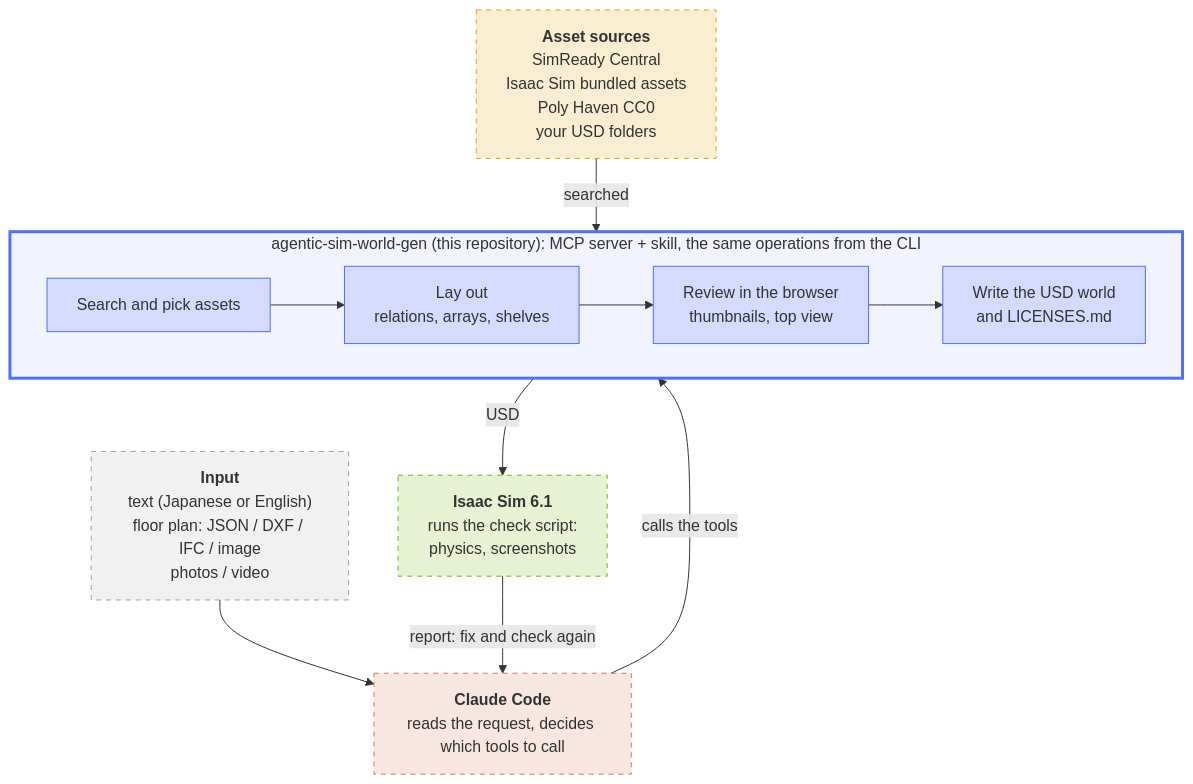
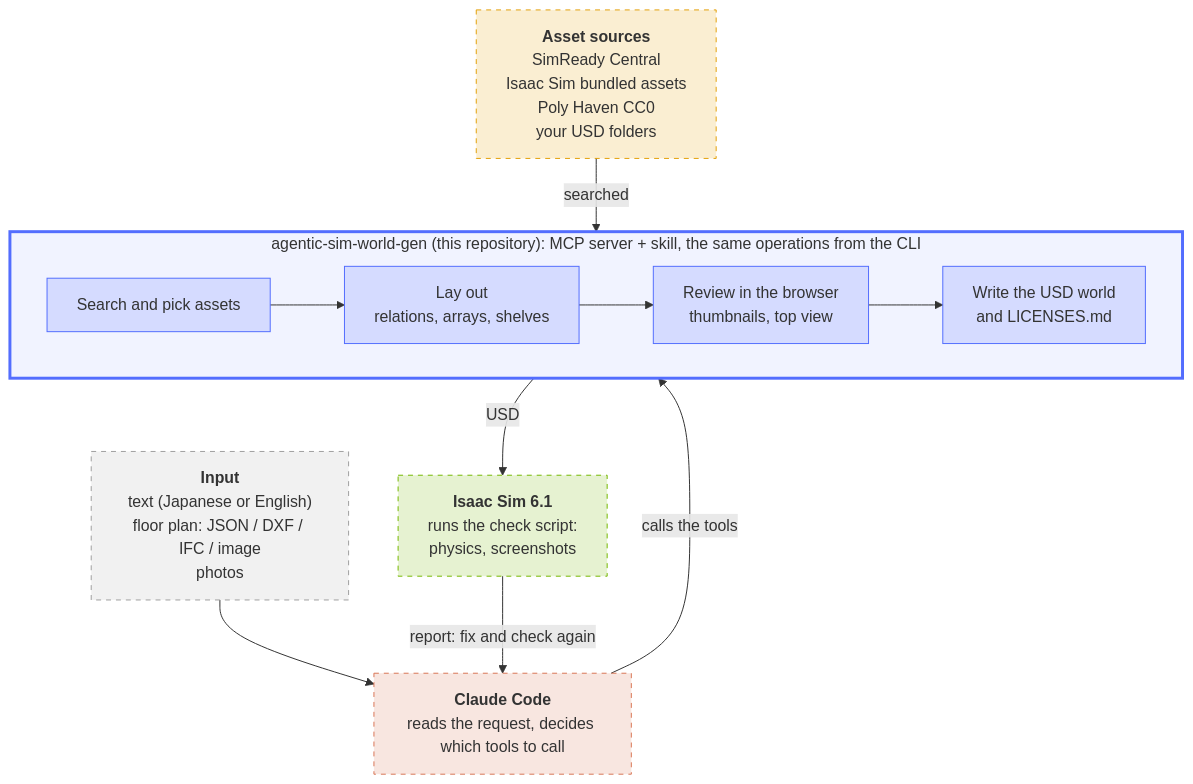
Before and after one commit to atinfinity/agentic-sim-world-gen: the diagram in README.md, drawn with Mermaid. The commit also changed other lines of this file and 48 other files, not shown here.

First line of the commit message:
Remove the unverified video input (#72)

````diff
--- a/README.md
+++ b/README.md
@@ -10,27 +10,27 @@
 ```mermaid
 flowchart TB
-  IN["<b>Input</b><br/>text (Japanese or English)<br/>floor plan: JSON / DXF / IFC / image<br/>photos / video"]
+  IN["<b>Input</b><br/>text (Japanese or English)<br/>floor plan: JSON / DXF / IFC / image<br/>photos"]
   CC["<b>Claude Code</b><br/>reads the request, decides which tools to call"]
   subgraph WG["agentic-sim-world-gen (this repository): MCP server + skill, the same operations from the CLI"]
     direction LR
     S["Search and pick assets"] --> L["Lay out<br/>relations, arrays, shelves"] --> V["Review in the browser<br/>thumbnails, top view"] --> U["Write the USD world<br/>and LICENSES.md"]
   end
   SRC["<b>Asset sources</b><br/>SimReady Central<br/>Isaac Sim bundled assets<br/>Poly Haven CC0<br/>your USD folders"]
   ISAAC["<b>Isaac Sim 6.1</b><br/>runs the check script:<br/>physics, screenshots"]
   IN --> CC
   CC -- "calls the tools" --> WG
   SRC -- "searched" --> WG
   WG -- "USD" --> ISAAC
   ISAAC -- "report: fix and check again" --> CC
   style WG fill:#536dfe14,stroke:#536dfe,stroke-width:3px
   classDef repo fill:#536dfe2e,stroke:#536dfe
   classDef input fill:#9e9e9e26,stroke:#9e9e9e,stroke-dasharray:5 5
   classDef claude fill:#d977572e,stroke:#d97757,stroke-dasharray:5 5
   classDef assets fill:#e3a0082e,stroke:#e3a008,stroke-dasharray:5 5
   classDef isaac fill:#76b9002e,stroke:#76b900,stroke-dasharray:5 5
   class S,L,V,U repo
   class IN input
   class CC claude
   class SRC assets
   class ISAAC isaac
 ```
````
